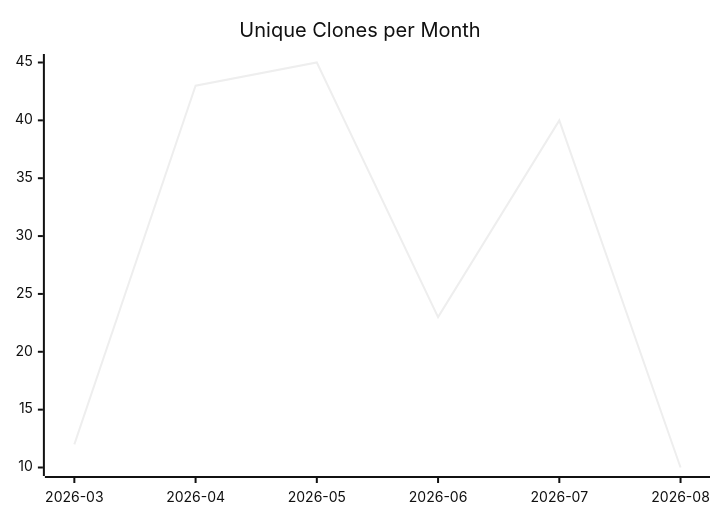
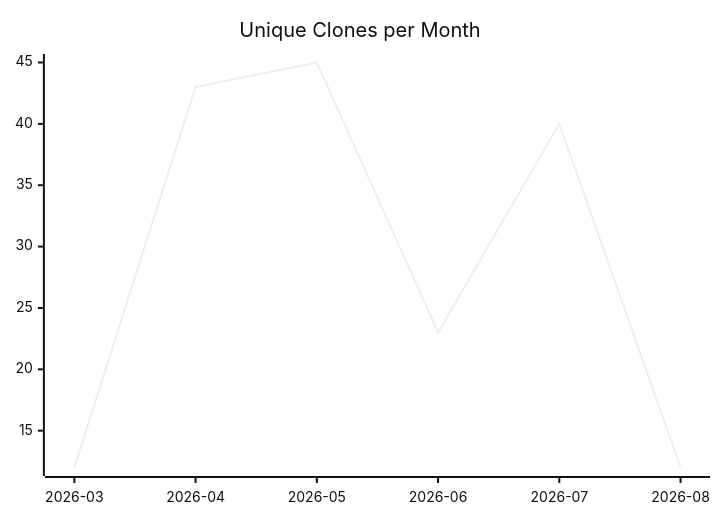
One commit to justdavis-family/github-analytics-data changed the third of 3 diagrams in karlmdavis/ksoap2-android/README.md. Above: the diagram before and after it, drawn with Mermaid (neutral theme). The commit also changed other lines of this file and 174 other files, not shown here.

````diff
--- a/karlmdavis/ksoap2-android/README.md
+++ b/karlmdavis/ksoap2-android/README.md
@@ -19,6 +19,6 @@
 ```mermaid
 xychart-beta
   title "Unique Clones per Month"
   x-axis ["2026-03", "2026-04", "2026-05", "2026-06", "2026-07", "2026-08"]
-  line [12, 43, 45, 23, 40, 10]
+  line [12, 43, 45, 23, 40, 12]
 ```
````
